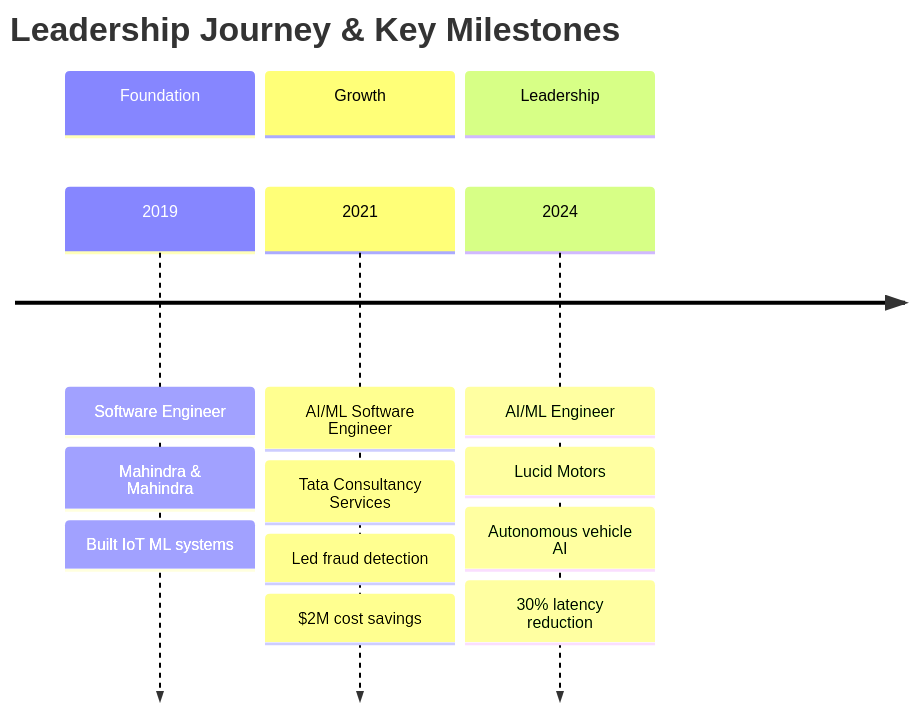
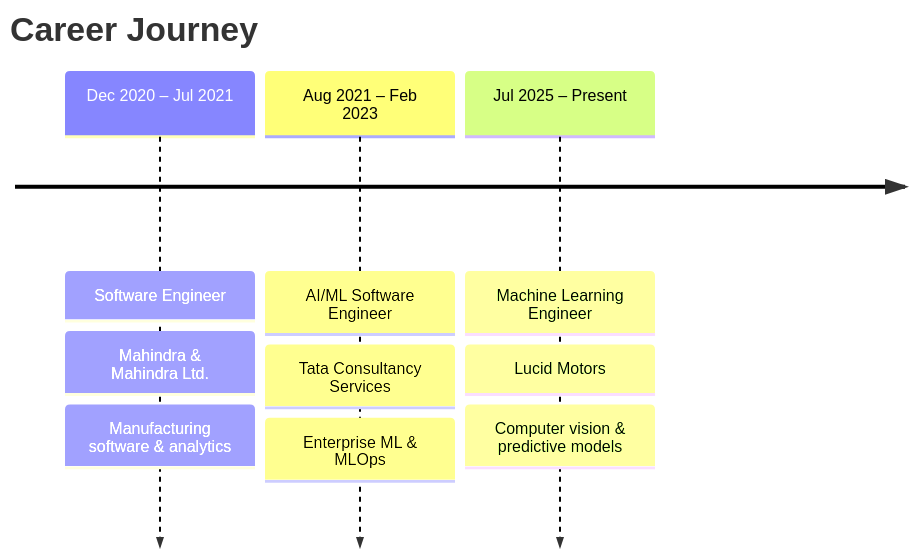
One commit to arunvemula7-max/arunvemula7-max changed the first of 2 diagrams in README.md. Above: the diagram before and after it, drawn with Mermaid. The commit also changed other lines of this file, not shown here.

````diff
--- a/README.md
+++ b/README.md
@@ -88,18 +48,13 @@
 ```mermaid
 timeline
-    title Leadership Journey & Key Milestones
-    section Foundation
-    2019 : Software Engineer
-         : Mahindra & Mahindra
-         : Built IoT ML systems
-    section Growth
-    2021 : AI/ML Software Engineer
-         : Tata Consultancy Services
-         : Led fraud detection
-         : $2M cost savings
-    section Leadership
-    2024 : AI/ML Engineer
-         : Lucid Motors
-         : Autonomous vehicle AI
-         : 30% latency reduction
+    title Career Journey
+    Dec 2020 – Jul 2021 : Software Engineer
+                        : Mahindra & Mahindra Ltd.
+                        : Manufacturing software & analytics
+    Aug 2021 – Feb 2023 : AI/ML Software Engineer
+                        : Tata Consultancy Services
+                        : Enterprise ML & MLOps
+    Jul 2025 – Present  : Machine Learning Engineer
+                        : Lucid Motors
+                        : Computer vision & predictive models
 ```
````
